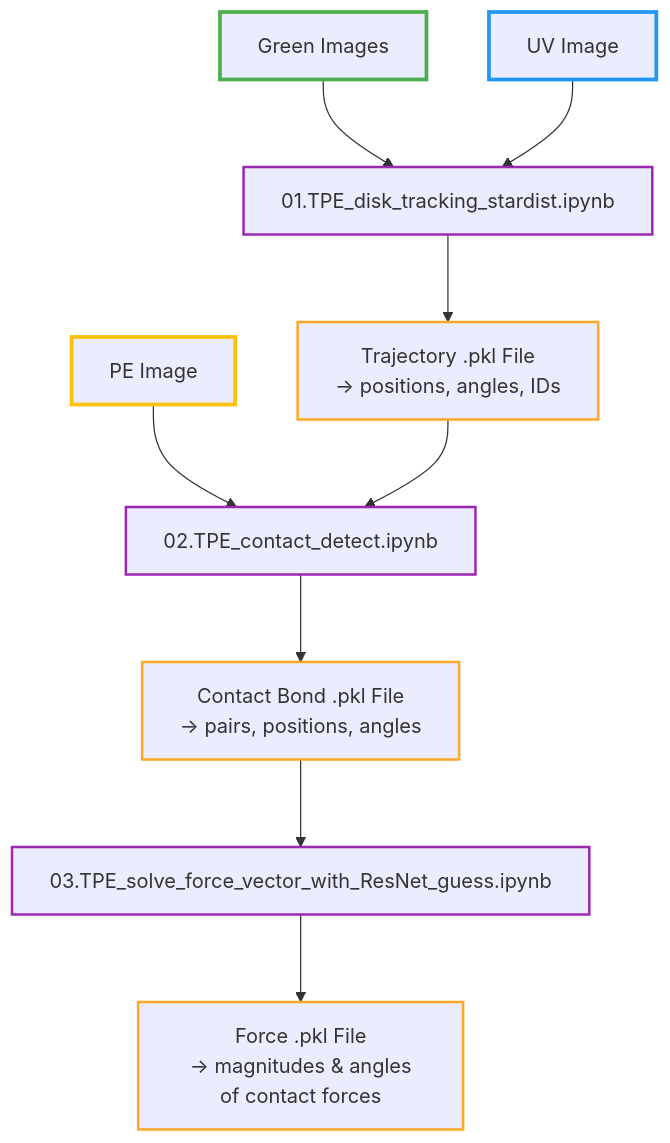
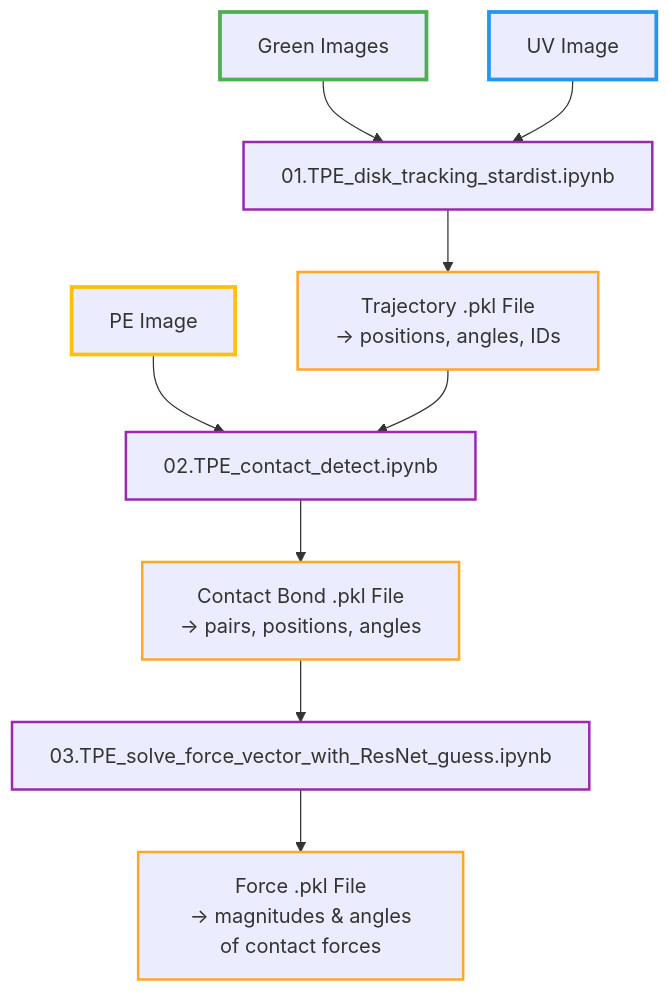
One commit to linjunJR/TPE_Disk_Image_Processing changed the diagram in README.md. Above: the diagram before and after it, drawn with Mermaid.

Commit message:
Simplify mermaid flowchart in README
Removed mermaid initialization settings from README.

````diff
--- a/README.md
+++ b/README.md
@@ -9,29 +9,22 @@
 ```mermaid
-%%{init: {
-  "theme": "default",
-  "flowchart": { "nodeSpacing": 50, "rankSpacing": 70 },
-  "themeVariables": {
-    "fontSize": "16px",
-    "padding": 12
-  }
-}}%%
+
 flowchart TD
     I1[Green Images] --> B[01.TPE_disk_tracking_stardist.ipynb]
     I2[UV Image] --> B
     I3[PE Image] --> D
     B --> C[Trajectory .pkl File<br/> -> positions, angles, IDs]
     C --> D[02.TPE_contact_detect.ipynb]
     D --> E[Contact Bond .pkl File<br/> -> pairs, positions, angles]
     E --> F[03.TPE_solve_force_vector_with_ResNet_guess.ipynb]
     F --> G[Force .pkl File<br/> -> magnitudes & angles of contact forces]
         
     style I1 stroke:#4CAF50,stroke-width:3px
     style I2 stroke:#2196F3,stroke-width:3px
     style I3 stroke:#FFC107,stroke-width:3px
     style C stroke:#FFA726,stroke-width:2px
     style E stroke:#FFA726,stroke-width:2px
     style G stroke:#FFA726,stroke-width:2px
     style B stroke:#9C27B0,stroke-width:2px
     style D stroke:#9C27B0,stroke-width:2px
     style F stroke:#9C27B0,stroke-width:2px
 ```
````
